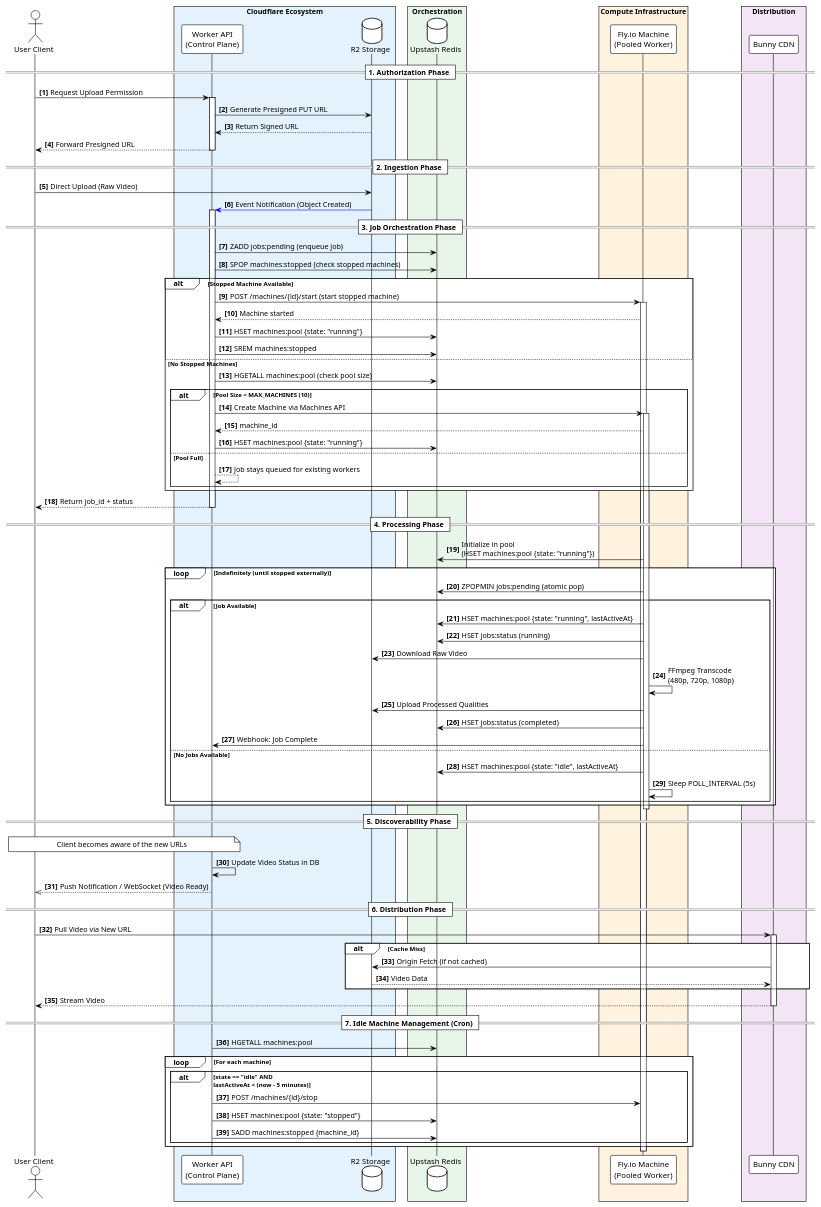
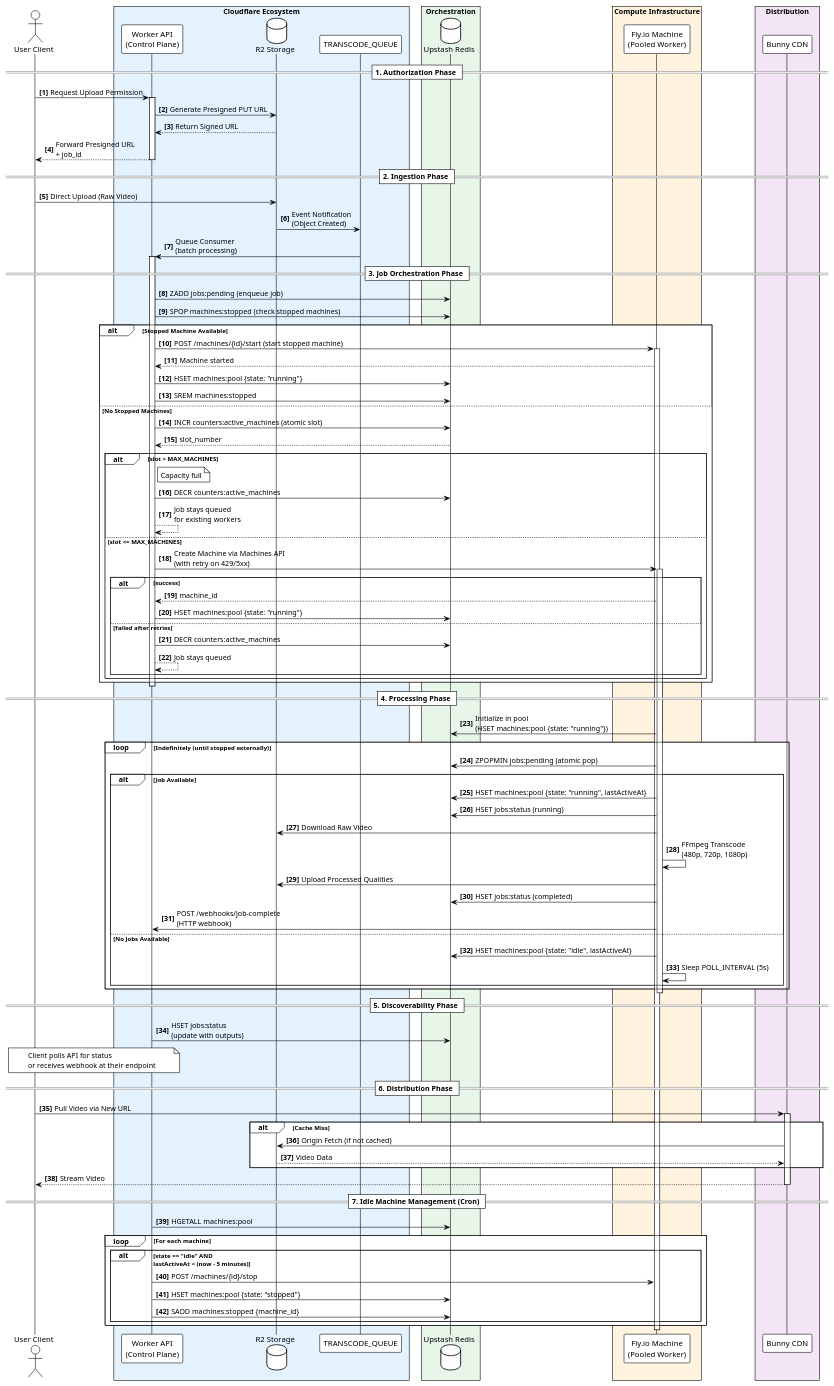
Before and after one commit to v0id-user/tcoder: the diagram in design/architecture/Event-Driven Serverless Transcoding Pipeline.plantuml, drawn with PlantUML. The commit also changed 1 other file, not shown here.

Commit message:
feat: integrate TRANSCODE_QUEUE into the event-driven transcoding pipeline, enhancing job orchestration and processing phases with improved queue management and webhook handling for job completion

```diff
--- a/design/architecture/Event-Driven Serverless Transcoding Pipeline.plantuml
+++ b/design/architecture/Event-Driven Serverless Transcoding Pipeline.plantuml
@@ -1,117 +1,125 @@
 @startuml Event-Driven Serverless Transcoding Pipeline with RWOS
 !theme plain
 '--- Visual Styling ---
 skinparam boxPadding 10
 skinparam participantPadding 10
 autonumber "<b>[0]"
 
 '--- Actors and Components ---
 actor Client as "User Client"
 
 box "Cloudflare Ecosystem" #e3f2fd
     participant Worker as "Worker API\n(Control Plane)"
     database R2 as "R2 Storage"
+    participant Queue as "TRANSCODE_QUEUE"
 end box
 
 box "Orchestration" #e8f5e9
     database Redis as "Upstash Redis"
 end box
 
 box "Compute Infrastructure" #fff3e0
     participant Fly as "Fly.io Machine\n(Pooled Worker)"
 end box
 
 box "Distribution" #f3e5f5
     participant CDN as "Bunny CDN"
 end box
 
 '--- 1. Authorization Phase ---
 == 1. Authorization Phase ==
 Client -> Worker: Request Upload Permission
 activate Worker
 Worker -> R2: Generate Presigned PUT URL
 R2 --> Worker: Return Signed URL
-Worker --> Client: Forward Presigned URL
+Worker --> Client: Forward Presigned URL\n+ job_id
 deactivate Worker
 
 '--- 2. Ingestion Phase ---
 == 2. Ingestion Phase ==
 Client -> R2: Direct Upload (Raw Video)
-R2 -[#blue]> Worker: Event Notification (Object Created)
+R2 -> Queue: Event Notification\n(Object Created)
+Queue -> Worker: Queue Consumer\n(batch processing)
+activate Worker
 
 '--- 3. Job Orchestration Phase (RWOS) ---
 == 3. Job Orchestration Phase ==
-activate Worker
 Worker -> Redis: ZADD jobs:pending (enqueue job)
 Worker -> Redis: SPOP machines:stopped (check stopped machines)
 alt Stopped Machine Available
     Worker -> Fly: POST /machines/{id}/start (start stopped machine)
     activate Fly
     Fly --> Worker: Machine started
     Worker -> Redis: HSET machines:pool {state: "running"}
     Worker -> Redis: SREM machines:stopped
 else No Stopped Machines
-    Worker -> Redis: HGETALL machines:pool (check pool size)
-    alt Pool Size < MAX_MACHINES (10)
-        Worker -> Fly: Create Machine via Machines API
+    Worker -> Redis: INCR counters:active_machines (atomic slot)
+    Redis --> Worker: slot_number
+    alt slot > MAX_MACHINES
+        note right of Worker: Capacity full
+        Worker -> Redis: DECR counters:active_machines
+        Worker --> Worker: Job stays queued\nfor existing workers
+    else slot <= MAX_MACHINES
+        Worker -> Fly: Create Machine via Machines API\n(with retry on 429/5xx)
         activate Fly
-        Fly --> Worker: machine_id
-        Worker -> Redis: HSET machines:pool {state: "running"}
-    else Pool Full
-        Worker --> Worker: Job stays queued for existing workers
+        alt success
+            Fly --> Worker: machine_id
+            Worker -> Redis: HSET machines:pool {state: "running"}
+        else failed after retries
+            Worker -> Redis: DECR counters:active_machines
+            Worker --> Worker: Job stays queued
+        end
     end
 end
-Worker --> Client: Return job_id + status
 deactivate Worker
 
 '--- 4. Processing Phase (Indefinite Polling) ---
 == 4. Processing Phase ==
 Fly -> Redis: Initialize in pool\n(HSET machines:pool {state: "running"})
 loop Indefinitely (until stopped externally)
     Fly -> Redis: ZPOPMIN jobs:pending (atomic pop)
     alt Job Available
         Fly -> Redis: HSET machines:pool {state: "running", lastActiveAt}
         Fly -> Redis: HSET jobs:status (running)
         Fly -> R2: Download Raw Video
         Fly -> Fly: FFmpeg Transcode\n(480p, 720p, 1080p)
         Fly -> R2: Upload Processed Qualities
         Fly -> Redis: HSET jobs:status (completed)
-        Fly -> Worker: Webhook: Job Complete
+        Fly -> Worker: POST /webhooks/job-complete\n(HTTP webhook)
     else No Jobs Available
         Fly -> Redis: HSET machines:pool {state: "idle", lastActiveAt}
         Fly -> Fly: Sleep POLL_INTERVAL (5s)
     end
 end
 deactivate Fly
 
 '--- 5. Discoverability Phase ---
 == 5. Discoverability Phase ==
-note over Worker, Client: Client becomes aware of the new URLs
 activate Worker
-Worker -> Worker: Update Video Status in DB
-Worker -->> Client: Push Notification / WebSocket (Video Ready)
+Worker -> Redis: HSET jobs:status\n(update with outputs)
+note over Worker, Client: Client polls API for status\nor receives webhook at their endpoint
 deactivate Worker
 
 '--- 6. Distribution Phase ---
 == 6. Distribution Phase ==
 Client -> CDN: Pull Video via New URL
 activate CDN
 alt Cache Miss
     CDN -> R2: Origin Fetch (if not cached)
     R2 --> CDN: Video Data
 end
 CDN --> Client: Stream Video
 deactivate CDN
 
 '--- 7. Idle Machine Management (Cron) ---
 == 7. Idle Machine Management (Cron) ==
 Worker -> Redis: HGETALL machines:pool
 loop For each machine
     alt state == "idle" AND\nlastActiveAt < (now - 5 minutes)
         Worker -> Fly: POST /machines/{id}/stop
         Worker -> Redis: HSET machines:pool {state: "stopped"}
         Worker -> Redis: SADD machines:stopped {machine_id}
     end
 end
 
 @enduml
```
